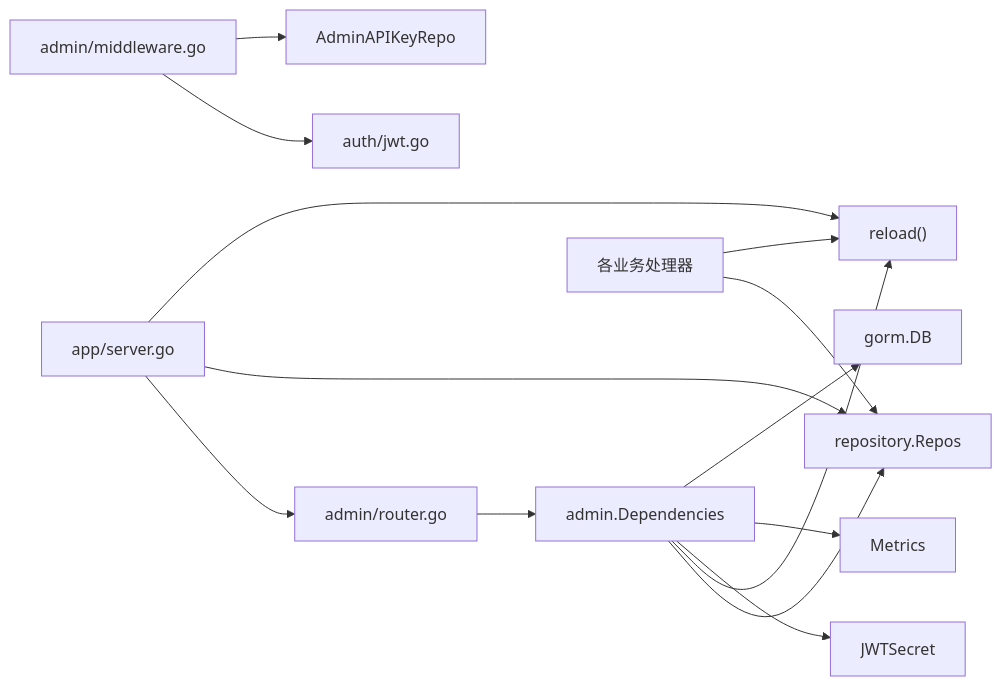
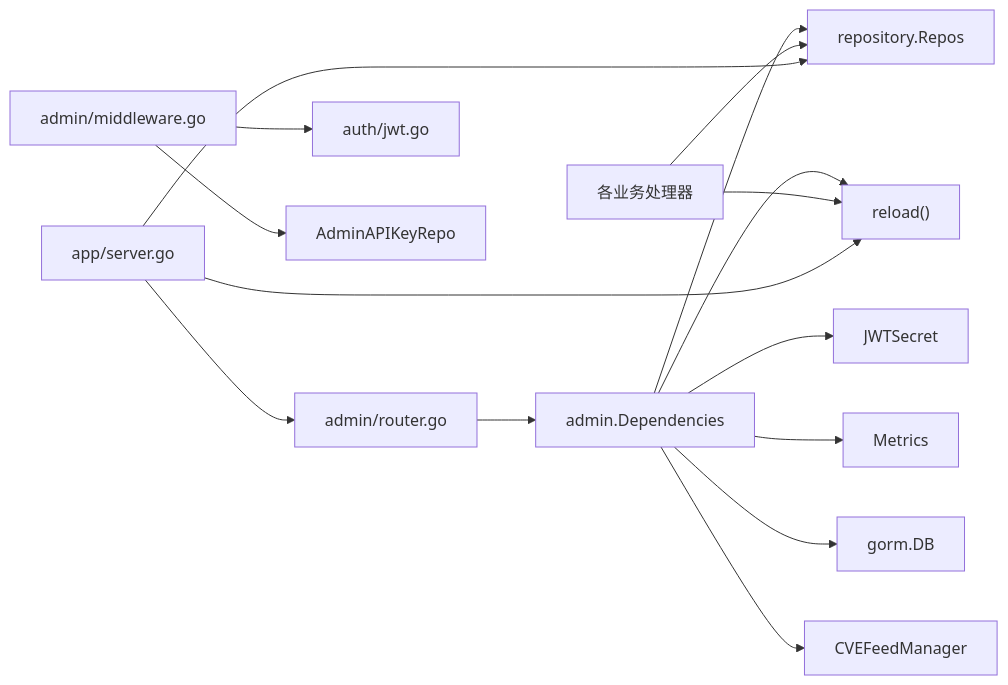
Before and after one commit to x01n/My-OpenWaf: the seventh of 7 diagrams in docs/管理 API 系统/管理 API 系统.md, drawn with Mermaid. The commit also changed other lines of this file and 51 other files, not shown here.

````diff
--- a/docs/管理 API 系统/管理 API 系统.md
+++ b/docs/管理 API 系统/管理 API 系统.md
@@ -336,16 +396,17 @@
 ```mermaid
 graph LR
 Router["admin/router.go"] --> Deps["admin.Dependencies"]
 Deps --> Repos["repository.Repos"]
 Deps --> Reload["reload()"]
 Deps --> JWT["JWTSecret"]
 Deps --> Metrics["Metrics"]
 Deps --> DB["gorm.DB"]
+Deps --> CVEFeedMgr["CVEFeedManager"]
 Middleware["admin/middleware.go"] --> JWTTool["auth/jwt.go"]
 Middleware --> KeyRepo["AdminAPIKeyRepo"]
 Handlers["各业务处理器"] --> Repos
 Handlers --> Reload
 App["app/server.go"] --> Router
 App --> Repos
 App --> Reload
 ```
````
